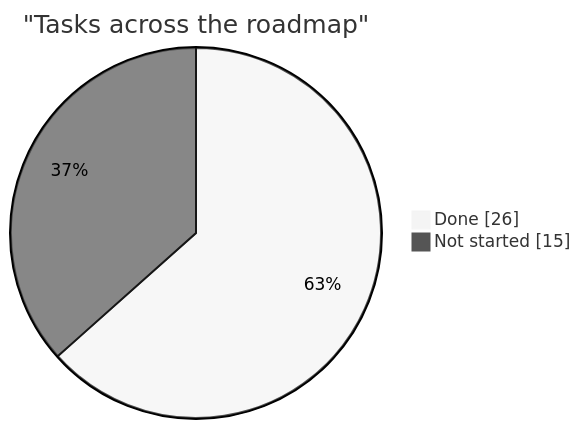
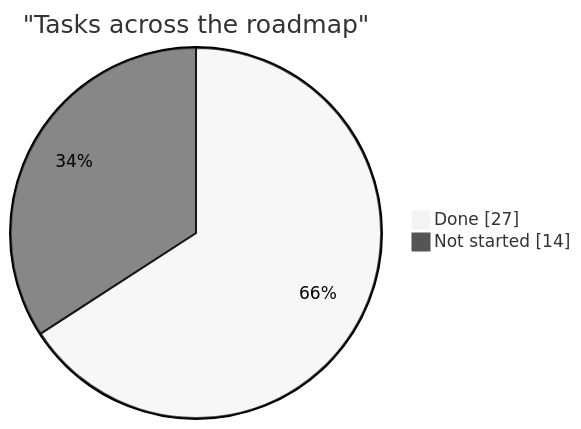
Before and after one commit to AdamClemens/PyFlow: the diagram in docs/planning/status.md, drawn with Mermaid (neutral theme). The commit also changed other lines of this file and 26 other files, not shown here.

````diff
--- a/docs/planning/status.md
+++ b/docs/planning/status.md
@@ -21,6 +21,6 @@
 ```mermaid
 pie showData
     title "Tasks across the roadmap"
-    "Done" : 26
-    "Not started" : 15
+    "Done" : 27
+    "Not started" : 14
 ```
````
